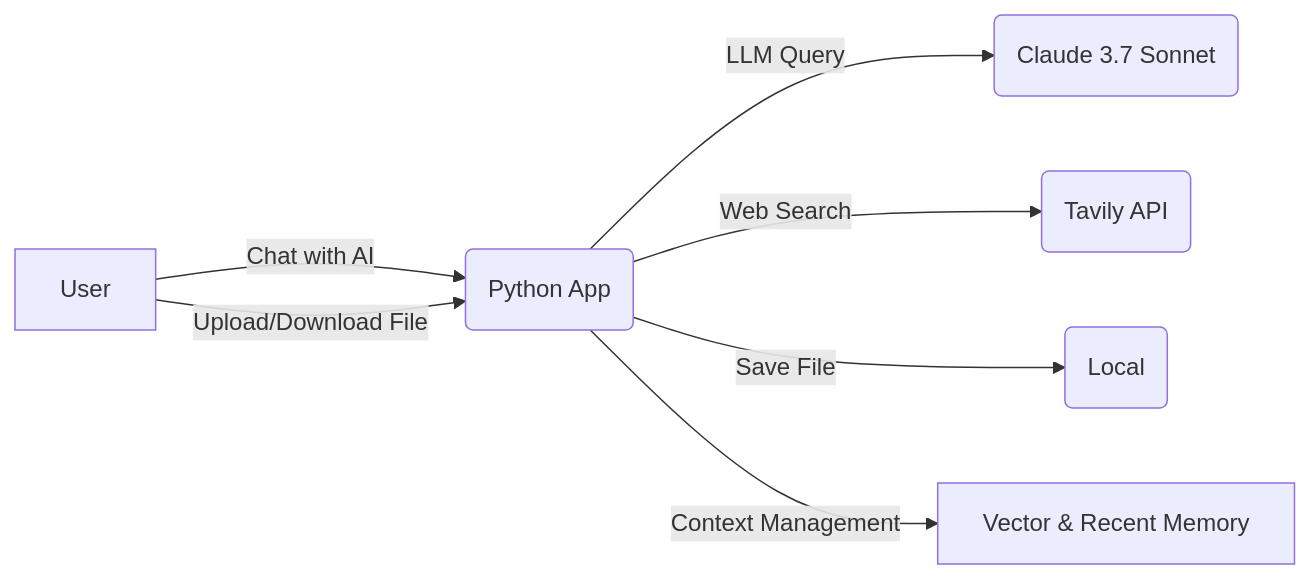
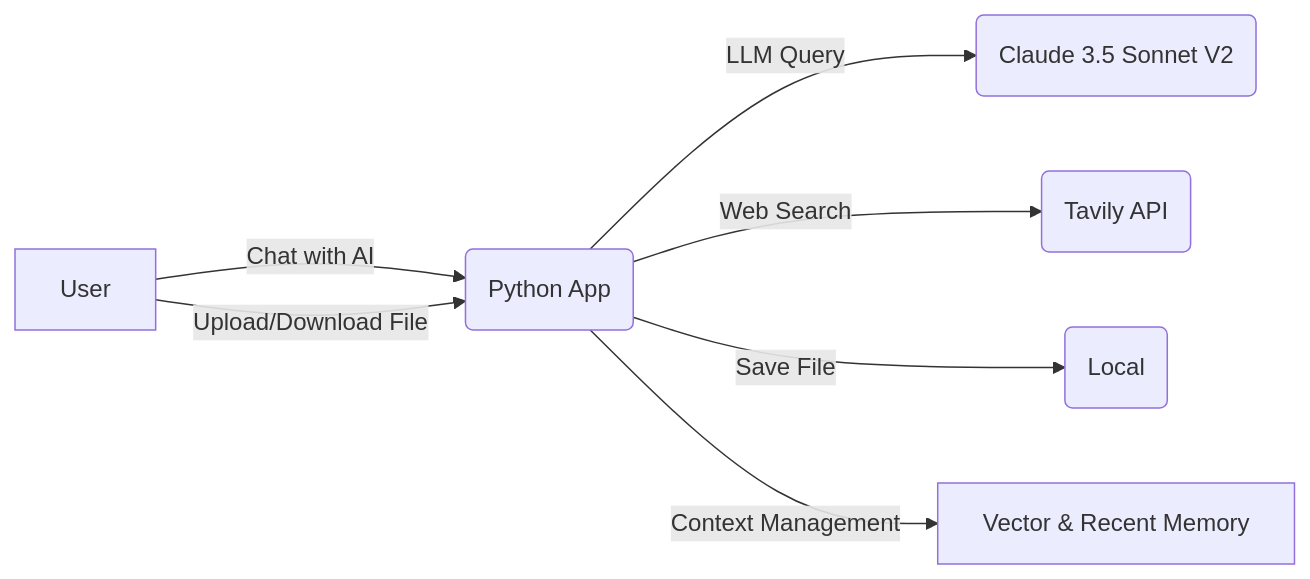
One commit to haandol/alps-writer changed the first of 2 diagrams in packages/app/SPEC.md. Above: the diagram before and after it, drawn with Mermaid. The commit also changed other lines of this file and 8 other files, not shown here.

````diff
--- a/packages/app/SPEC.md
+++ b/packages/app/SPEC.md
@@ -85,9 +85,9 @@
 ```mermaid
 flowchart LR
     User -- "Chat with AI" --> Chainlit(Python App)
-    Chainlit -- "LLM Query" --> Bedrock(Claude 3.7 Sonnet)
+    Chainlit -- "LLM Query" --> Bedrock(Claude 3.5 Sonnet V2)
     Chainlit -- "Web Search" --> Tavily(Tavily API)
     Chainlit -- "Save File" --> FileSystem(Local)
     User -- "Upload/Download File" --> Chainlit
     Chainlit -- "Context Management" --> Memory[Vector & Recent Memory]
 ```
````
